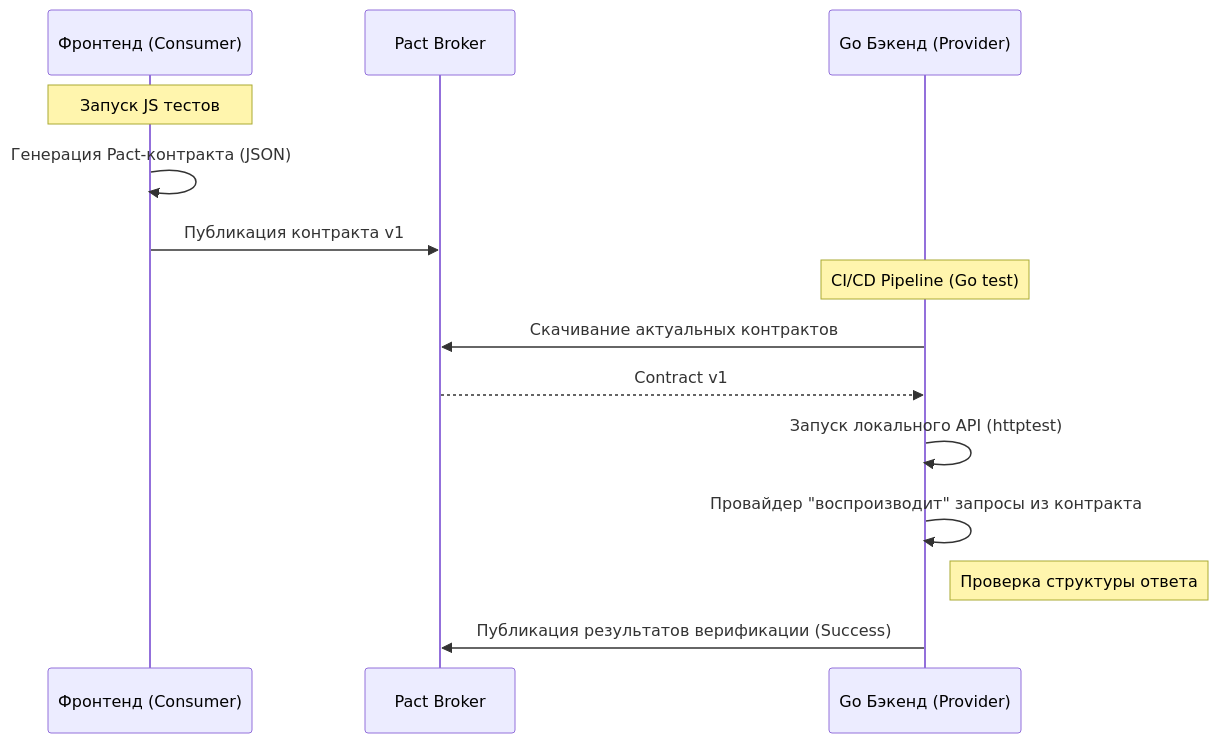
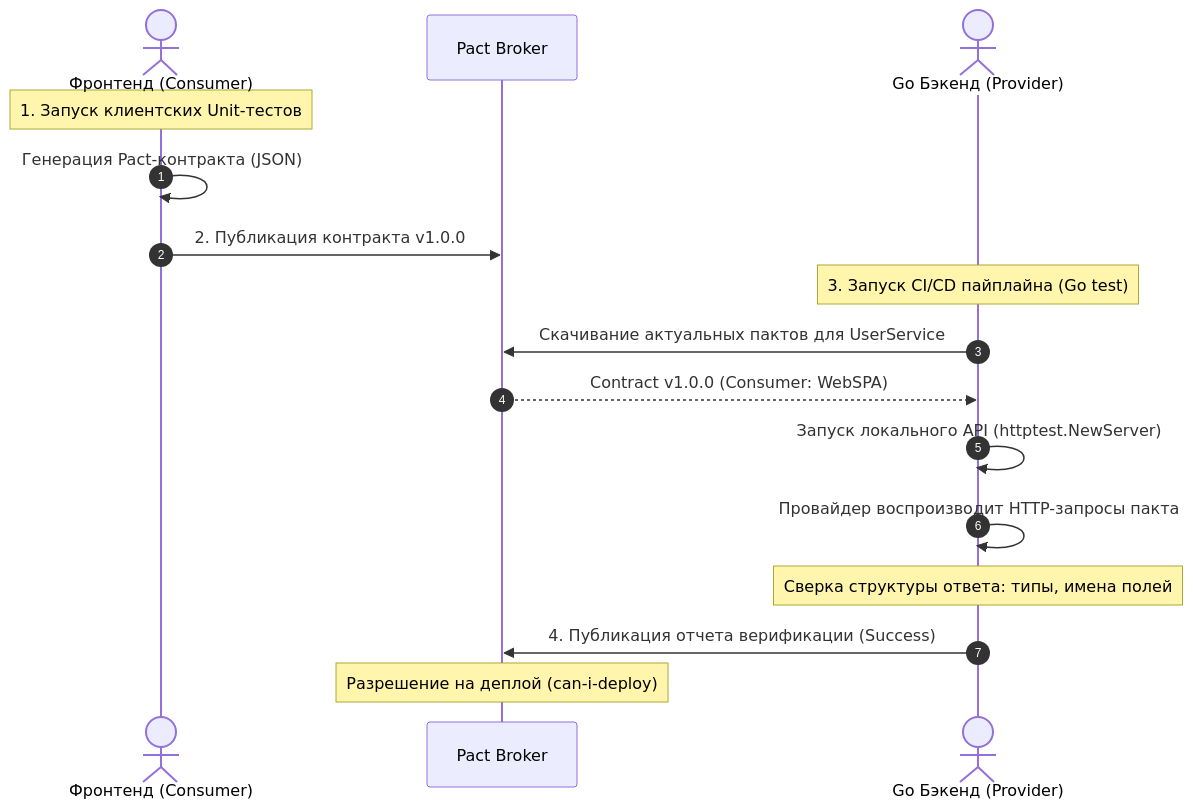
The second of 2 diagrams in sources/10. Проектирование API и Сетевые протоколы/34. Contract testing.md (UnrealTemplier/go-textbook), drawn with Mermaid before and after one commit. The commit also changed other lines of this file, not shown here.

````diff
--- a/sources/10. Проектирование API и Сетевые протоколы/34. Contract testing.md
+++ b/sources/10. Проектирование API и Сетевые протоколы/34. Contract testing.md
@@ -22,20 +59,22 @@
 ```mermaid
 sequenceDiagram
-    participant FE as Фронтенд (Consumer)
+    autonumber
+    actor FE as Фронтенд (Consumer)
     participant Broker as Pact Broker
-    participant BE as Go Бэкенд (Provider)
+    actor BE as Go Бэкенд (Provider)
+
+    Note over FE: 1. Запуск клиентских Unit-тестов
+    FE->>FE: Генерация Pact-контракта (JSON)
+    FE->>Broker: 2. Публикация контракта v1.0.0
+
+    Note over BE: 3. Запуск CI/CD пайплайна (Go test)
+    BE->>Broker: Скачивание актуальных пактов для UserService
+    Broker-->>BE: Contract v1.0.0 (Consumer: WebSPA)
     
-    Note over FE: Запуск JS тестов
-    FE->>FE: Генерация Pact-контракта (JSON)
-    FE->>Broker: Публикация контракта v1
+    BE->>BE: Запуск локального API (httptest.NewServer)
+    BE->>BE: Провайдер воспроизводит HTTP-запросы пакта
+    Note over BE: Сверка структуры ответа: типы, имена полей
     
-    Note over BE: CI/CD Pipeline (Go test)
-    BE->>Broker: Скачивание актуальных контрактов
-    Broker-->>BE: Contract v1
-    
-    BE->>BE: Запуск локального API (httptest)
-    BE->>BE: Провайдер "воспроизводит" запросы из контракта
-    Note right of BE: Проверка структуры ответа
-    
-    BE->>Broker: Публикация результатов верификации (Success)
+    BE->>Broker: 4. Публикация отчета верификации (Success)
+    Note over Broker: Разрешение на деплой (can-i-deploy)
 ```
````
